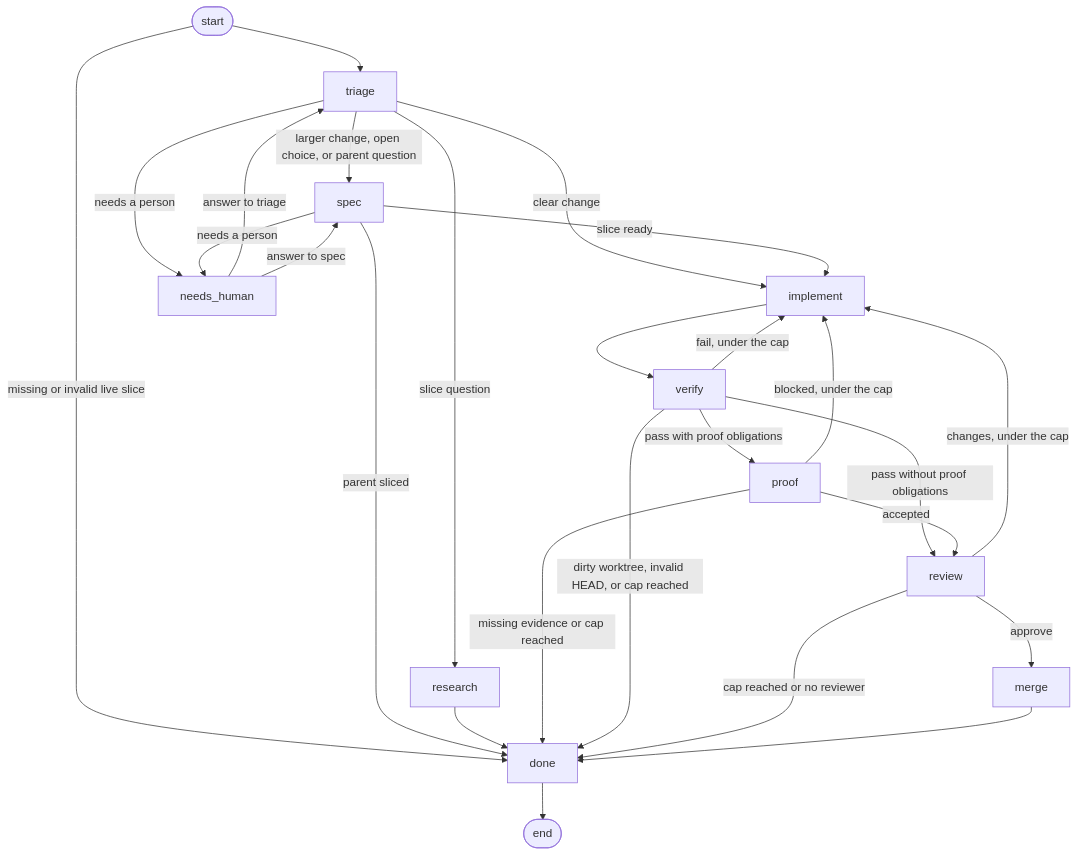
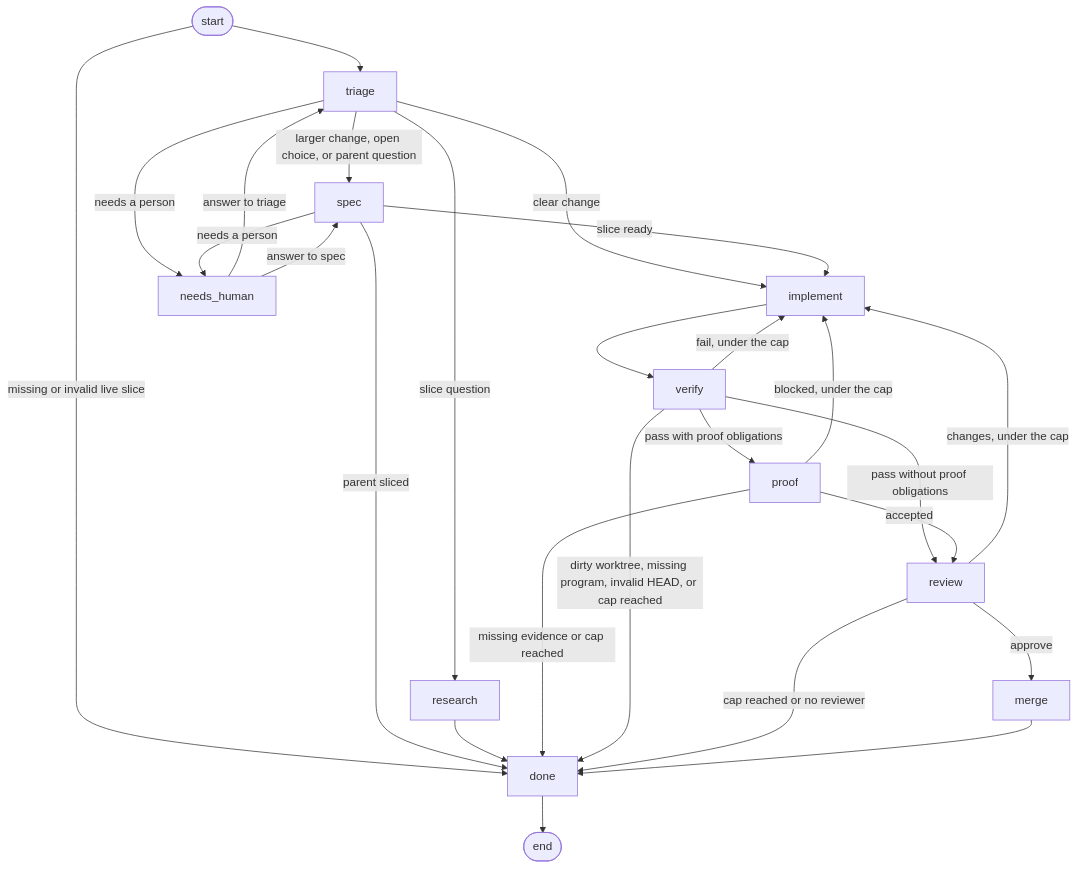
One commit to bookout-labs/tools changed the diagram in README.md. Above: the diagram before and after it, drawn with Mermaid. The commit also changed other lines of this file and 5 other files, not shown here.

Commit message:
Do not spend a review round when the check program is missing

````diff
--- a/README.md
+++ b/README.md
@@ -9,28 +9,28 @@
 ```mermaid
 flowchart TD
   __start__([start]) --> triage
   __start__ -->|missing or invalid live slice| done
   triage -->|clear change| implement
   triage -->|larger change, open choice, or parent question| spec
   triage -->|slice question| research
   triage -->|needs a person| needs_human
   needs_human -->|answer to triage| triage
   needs_human -->|answer to spec| spec
   spec -->|slice ready| implement
   spec -->|needs a person| needs_human
   spec -->|parent sliced| done
   research --> done
   implement --> verify
   verify -->|pass with proof obligations| proof
   verify -->|pass without proof obligations| review
   proof -->|accepted| review
   proof -->|blocked, under the cap| implement
   proof -->|missing evidence or cap reached| done
   verify -->|fail, under the cap| implement
-  verify -->|dirty worktree, invalid HEAD, or cap reached| done
+  verify -->|dirty worktree, missing program, invalid HEAD, or cap reached| done
   review -->|approve| merge
   review -->|changes, under the cap| implement
   review -->|cap reached or no reviewer| done
   merge --> done
   done --> __end__([end])
 ```
````
